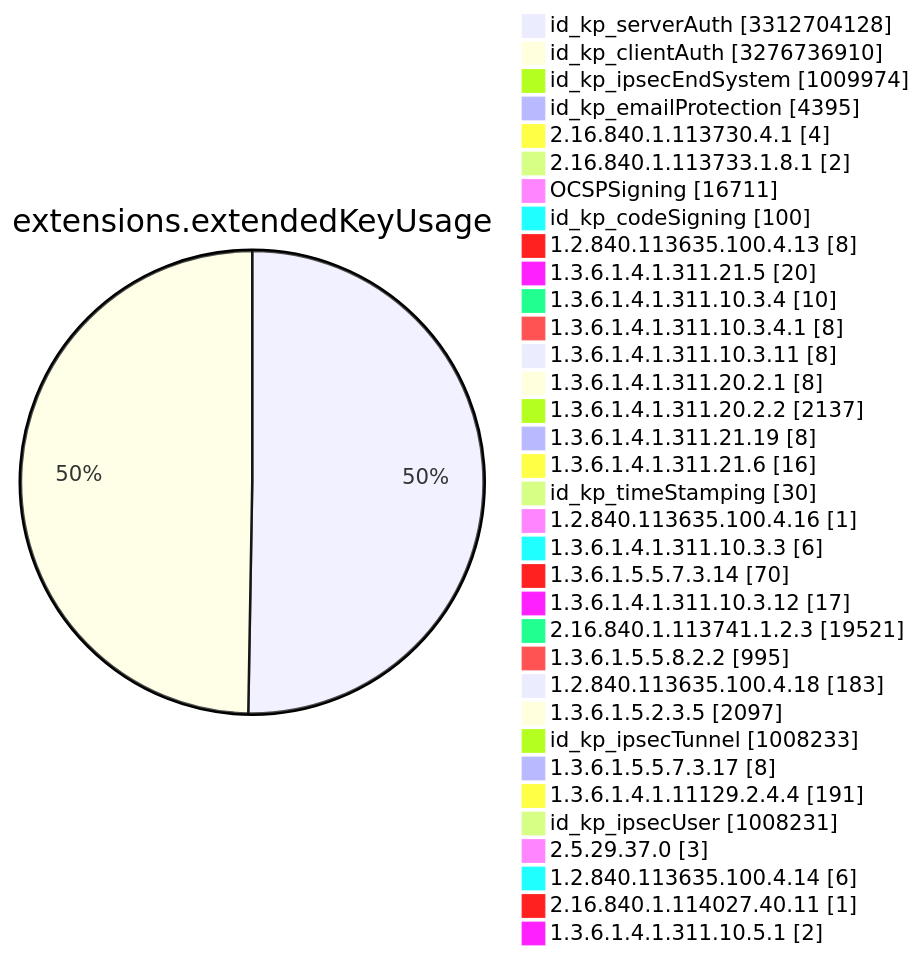
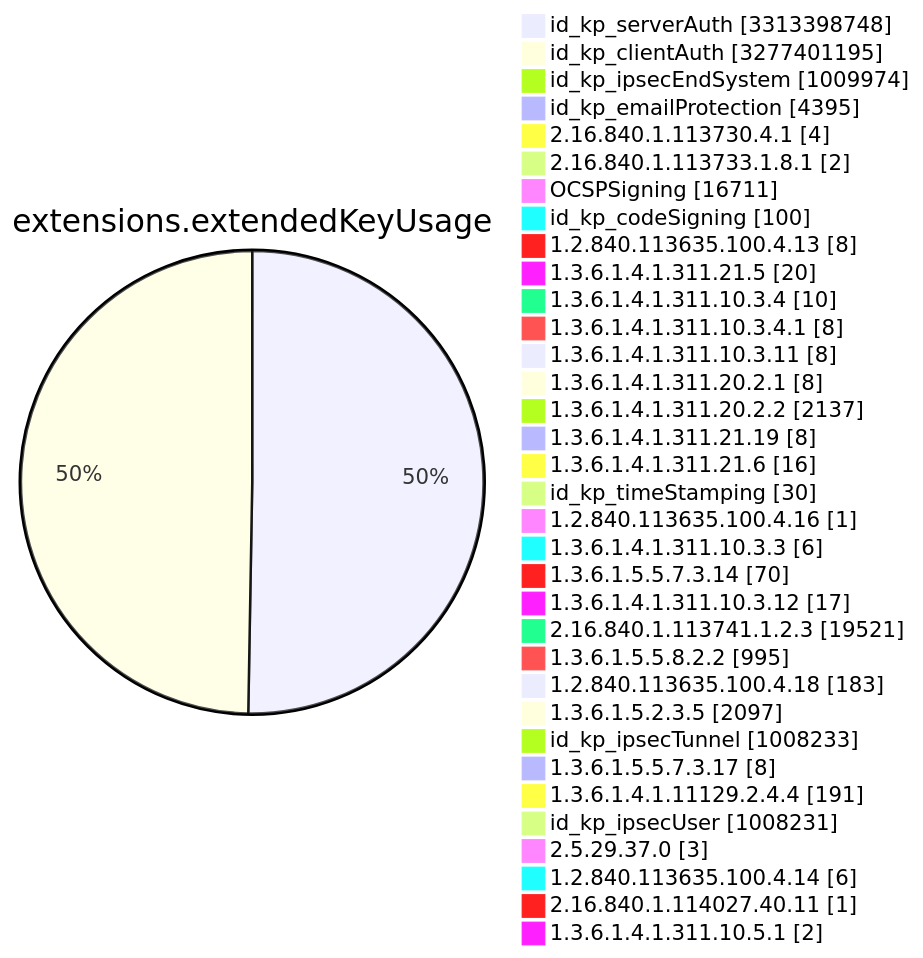
One commit to christiankrug/ctmonitor_visualization changed diagram 11 of 15 in TOTAL/README.md. Above: the diagram before and after it, drawn with Mermaid. The commit also changed other lines of this file, not shown here.

````diff
--- a/TOTAL/README.md
+++ b/TOTAL/README.md
@@ -4120,38 +4120,38 @@
 ```mermaid
 pie showData
 title extensions.extendedKeyUsage
-"id_kp_serverAuth" :3312704128
-"id_kp_clientAuth" :3276736910
+"id_kp_serverAuth" :3313398748
+"id_kp_clientAuth" :3277401195
 "id_kp_ipsecEndSystem" :1009974
 "id_kp_emailProtection" :4395
 "2.16.840.1.113730.4.1" :4
 "2.16.840.1.113733.1.8.1" :2
 "OCSPSigning" :16711
 "id_kp_codeSigning" :100
 "1.2.840.113635.100.4.13" :8
 "1.3.6.1.4.1.311.21.5" :20
 "1.3.6.1.4.1.311.10.3.4" :10
 "1.3.6.1.4.1.311.10.3.4.1" :8
 "1.3.6.1.4.1.311.10.3.11" :8
 "1.3.6.1.4.1.311.20.2.1" :8
 "1.3.6.1.4.1.311.20.2.2" :2137
 "1.3.6.1.4.1.311.21.19" :8
 "1.3.6.1.4.1.311.21.6" :16
 "id_kp_timeStamping" :30
 "1.2.840.113635.100.4.16" :1
 "1.3.6.1.4.1.311.10.3.3" :6
 "1.3.6.1.5.5.7.3.14" :70
 "1.3.6.1.4.1.311.10.3.12" :17
 "2.16.840.1.113741.1.2.3" :19521
 "1.3.6.1.5.5.8.2.2" :995
 "1.2.840.113635.100.4.18" :183
 "1.3.6.1.5.2.3.5" :2097
 "id_kp_ipsecTunnel" :1008233
 "1.3.6.1.5.5.7.3.17" :8
 "1.3.6.1.4.1.11129.2.4.4" :191
 "id_kp_ipsecUser" :1008231
 "2.5.29.37.0" :3
 "1.2.840.113635.100.4.14" :6
 "2.16.840.1.114027.40.11" :1
 "1.3.6.1.4.1.311.10.5.1" :2
 ```
````
